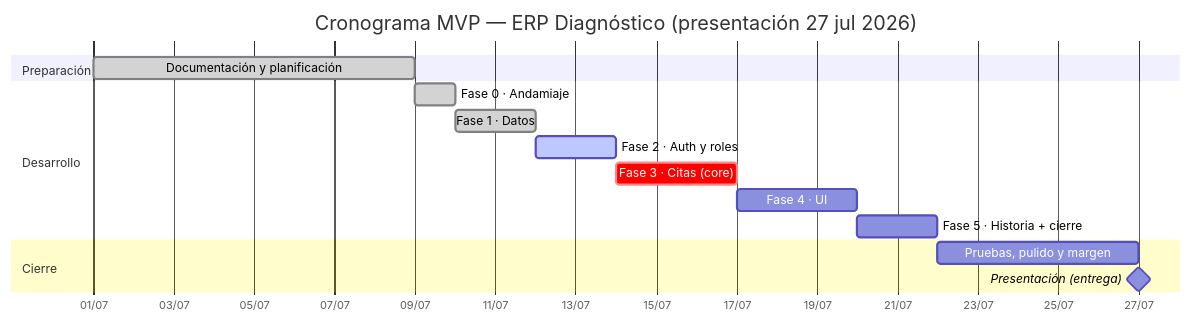
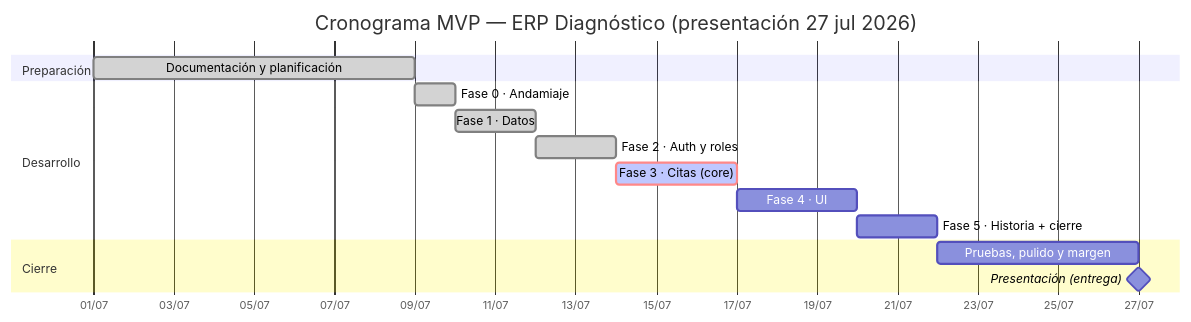
One commit to DhanaCorredor/diagnostico-backend changed the diagram in docs/ROADMAP.md. Above: the diagram before and after it, drawn with Mermaid. The commit also changed other lines of this file, not shown here.

Commit message:
docs(roadmap): mark phase 2 done and phase 3 in progress

````diff
--- a/docs/ROADMAP.md
+++ b/docs/ROADMAP.md
@@ -73,21 +73,21 @@
 ```mermaid
 gantt
     title Cronograma MVP — ERP Diagnóstico (presentación 27 jul 2026)
     dateFormat  YYYY-MM-DD
     axisFormat  %d/%m
 
     section Preparación
     Documentación y planificación :done, doc, 2026-07-01, 2026-07-09
 
     section Desarrollo
     Fase 0 · Andamiaje         :done,   f0, 2026-07-09, 1d
     Fase 1 · Datos             :done,   f1, after f0, 2d
-    Fase 2 · Auth y roles      :active, f2, after f1, 2d
-    Fase 3 · Citas (core)      :crit,   f3, after f2, 3d
+    Fase 2 · Auth y roles      :done,   f2, after f1, 2d
+    Fase 3 · Citas (core)      :active, crit, f3, after f2, 3d
     Fase 4 · UI                :        f4, after f3, 3d
     Fase 5 · Historia + cierre :        f5, after f4, 2d
 
     section Cierre
     Pruebas, pulido y margen   :        qa, after f5, 5d
     Presentación (entrega)     :milestone, pres, 2026-07-27, 0d
 ```
````
